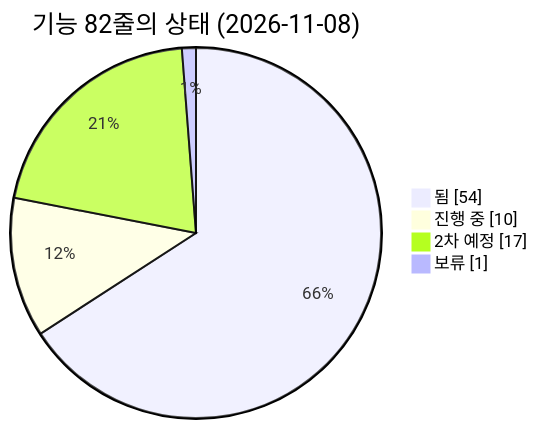
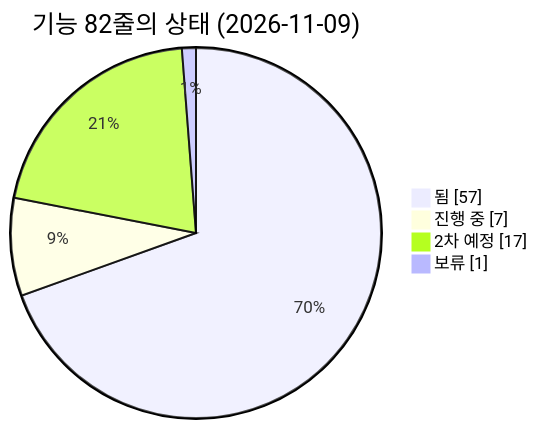
Before and after one commit to agent-ddalgi-team/final-geosan: the first of 4 diagrams in docs/map/feature-map.md, drawn with Mermaid. The commit also changed other lines of this file and 3 other files, not shown here.

````diff
--- a/docs/map/feature-map.md
+++ b/docs/map/feature-map.md
@@ -31,8 +32,8 @@
 ```mermaid
 pie showData
-    title 기능 82줄의 상태 (2026-11-08)
-    "됨" : 54
-    "진행 중" : 10
+    title 기능 82줄의 상태 (2026-11-09)
+    "됨" : 57
+    "진행 중" : 7
     "2차 예정" : 17
     "보류" : 1
 ```
````
